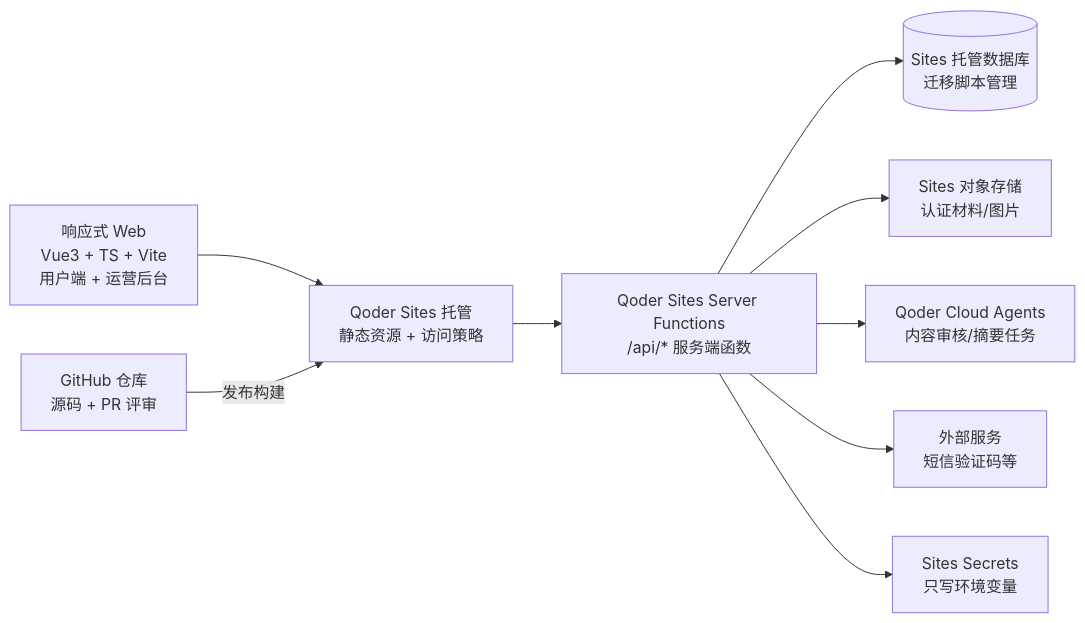
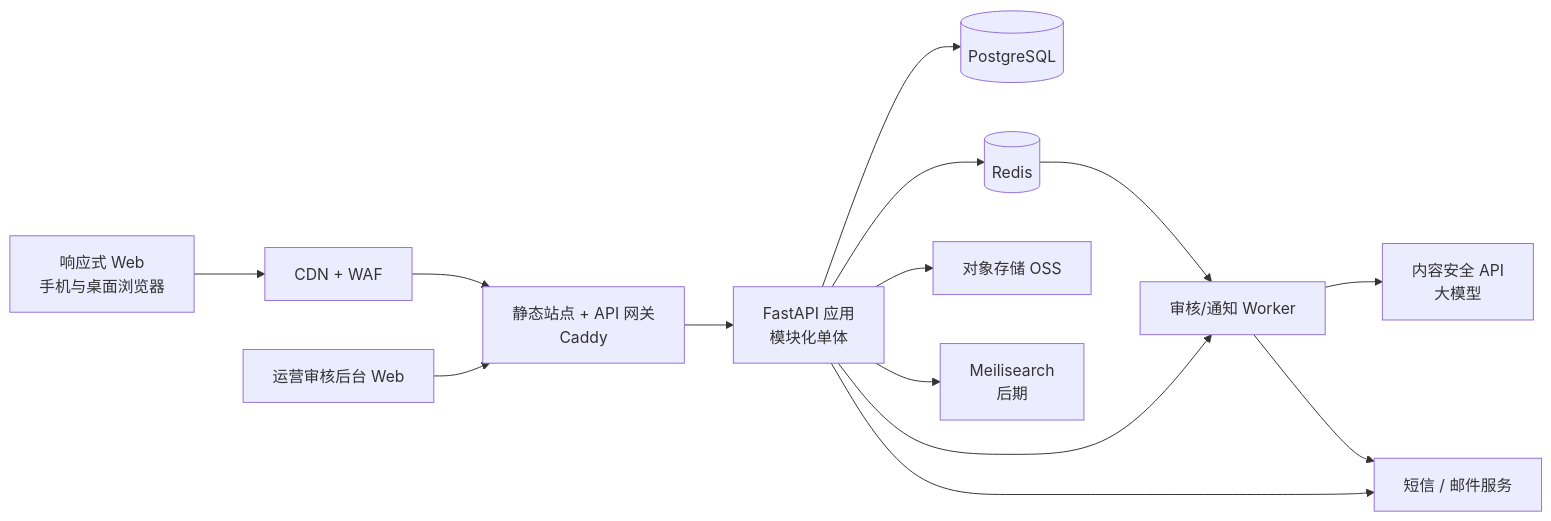
The first of 3 diagrams in docs/技术方案-CareerQ.md (Clover1218/CareerQ), drawn with Mermaid before and after one commit. The commit also changed other lines of this file and 32 other files, not shown here.

````diff
--- a/docs/技术方案-CareerQ.md
+++ b/docs/技术方案-CareerQ.md
@@ -58,11 +36,16 @@
 ```mermaid
 flowchart LR
-    A[响应式 Web<br/>Vue3 + TS + Vite<br/>用户端 + 运营后台] --> B[Qoder Sites 托管<br/>静态资源 + 访问策略]
-    B --> C[Qoder Sites Server Functions<br/>/api/* 服务端函数]
-    C --> D[(Sites 托管数据库<br/>迁移脚本管理)]
-    C --> E[Sites 对象存储<br/>认证材料/图片]
-    C --> F[Qoder Cloud Agents<br/>内容审核/摘要任务]
-    C --> G[外部服务<br/>短信验证码等]
-    C --> H[Sites Secrets<br/>只写环境变量]
-    I[GitHub 仓库<br/>源码 + PR 评审] -->|发布构建| B
+    A[响应式 Web<br/>手机与桌面浏览器] --> B[CDN + WAF]
+    B --> C[静态站点 + API 网关<br/>Caddy]
+    C --> D[FastAPI 应用<br/>模块化单体]
+    E[运营审核后台 Web] --> C
+    D --> F[(PostgreSQL)]
+    D --> G[(Redis)]
+    D --> H[对象存储 OSS]
+    D --> I[Meilisearch<br/>后期]
+    D --> J[审核/通知 Worker]
+    G --> J
+    J --> K[内容安全 API<br/>大模型]
+    D --> L[短信 / 邮件服务]
+    J --> L
 ```
````
